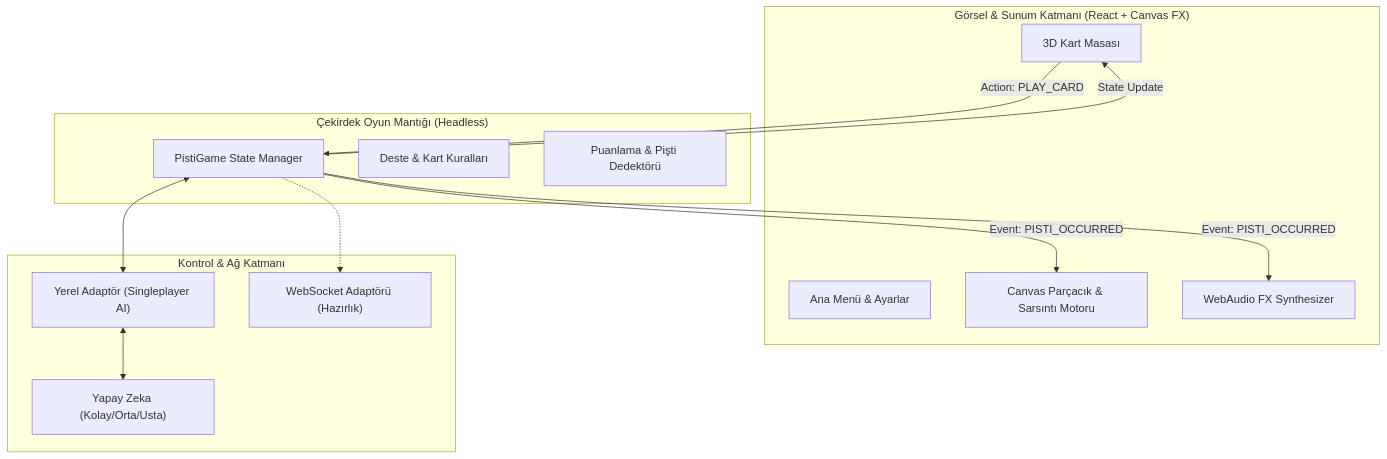
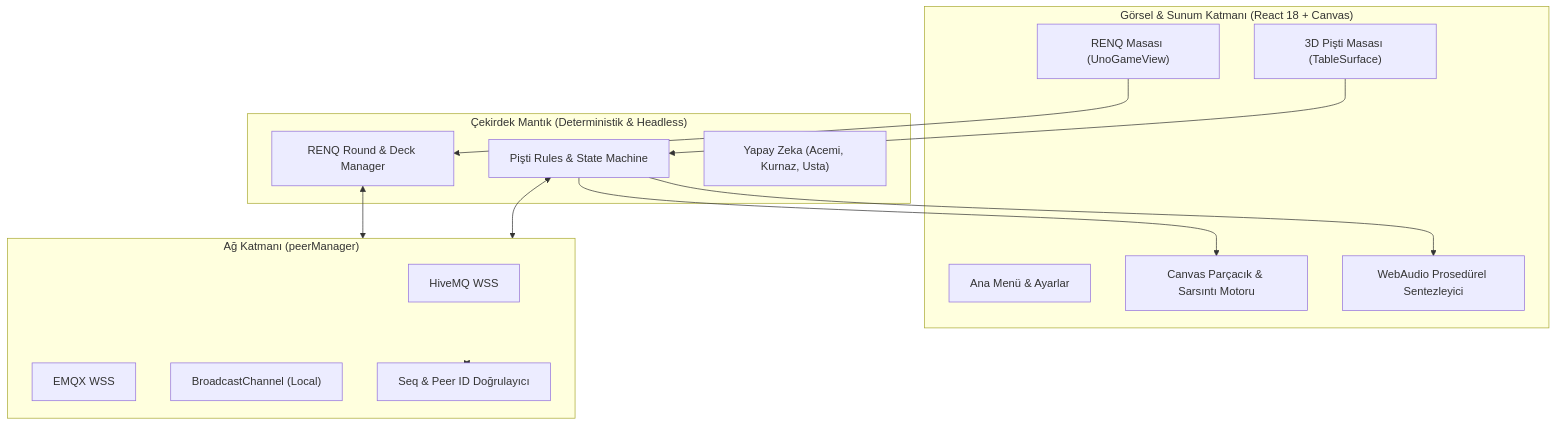
The diagram in README.md (AdoQeT/peeshtee), drawn with Mermaid before and after one commit. The commit also changed other lines of this file and 12 other files, not shown here.

````diff
--- a/README.md
+++ b/README.md
@@ -92,30 +71,31 @@
 ```mermaid
 graph TD
-    subgraph UI_Layer["Görsel & Sunum Katmanı (React + Canvas FX)"]
+    subgraph UI_Presentation["Görsel & Sunum Katmanı (React 18 + Canvas)"]
         Menu["Ana Menü & Ayarlar"]
-        Table["3D Kart Masası"]
+        TablePisti["3D Pişti Masası (TableSurface)"]
+        TableRenq["RENQ Masası (UnoGameView)"]
         FXEngine["Canvas Parçacık & Sarsıntı Motoru"]
-        AudioEngine["WebAudio FX Synthesizer"]
+        AudioEngine["WebAudio Prosedürel Sentezleyici"]
     end
 
-    subgraph Core_Engine["Çekirdek Oyun Mantığı (Headless)"]
-        StateManager["PistiGame State Manager"]
-        Deck["Deste & Kart Kuralları"]
-        Scorer["Puanlama & Pişti Dedektörü"]
+    subgraph Core_Engine["Çekirdek Mantık (Deterministik & Headless)"]
+        PistiEngine["Pişti Rules & State Machine"]
+        RenqEngine["RENQ Round & Deck Manager"]
+        BotAI["Yapay Zeka (Acemi, Kurnaz, Usta)"]
     end
 
-    subgraph Controller_Layer["Kontrol & Ağ Katmanı"]
-        SinglePlayerAdapter["Yerel Adaptör (Singleplayer AI)"]
-        AI["Yapay Zeka (Kolay/Orta/Usta)"]
-        MultiPlayerAdapter["WebSocket Adaptörü (Hazırlık)"]
+    subgraph Network_Layer["Ağ Katmanı (peerManager)"]
+        MQTTPrimary["HiveMQ WSS"]
+        MQTTFallback["EMQX WSS"]
+        BroadcastCh["BroadcastChannel (Local)"]
+        PacketValidator["Seq & Peer ID Doğrulayıcı"]
     end
 
-    Table -->|Action: PLAY_CARD| StateManager
-    StateManager -->|Event: PISTI_OCCURRED| FXEngine
-    StateManager -->|Event: PISTI_OCCURRED| AudioEngine
-    StateManager -->|State Update| Table
-
-    StateManager <--> SinglePlayerAdapter
-    SinglePlayerAdapter <--> AI
-    StateManager -.-> MultiPlayerAdapter
+    TablePisti --> PistiEngine
+    TableRenq --> RenqEngine
+    PistiEngine --> FXEngine
+    PistiEngine --> AudioEngine
+    PistiEngine <--> Network_Layer
+    RenqEngine <--> Network_Layer
+    Network_Layer <--> PacketValidator
 ```
````
